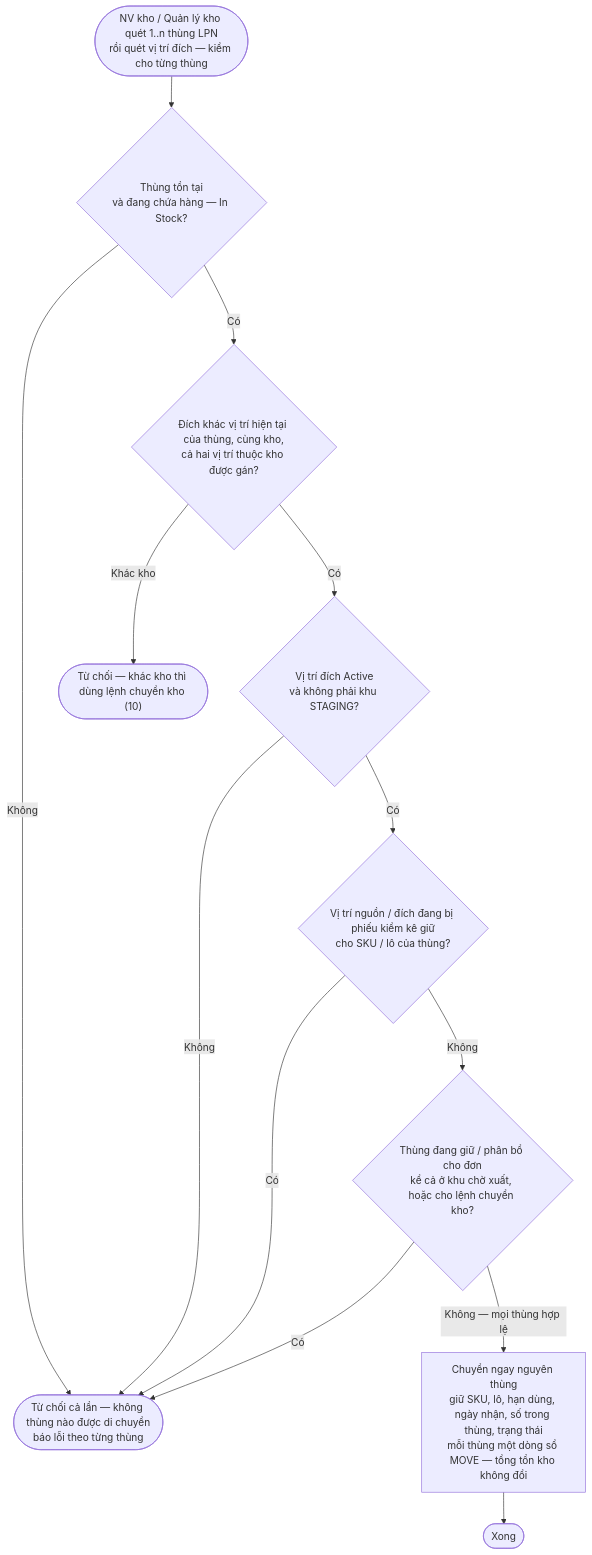
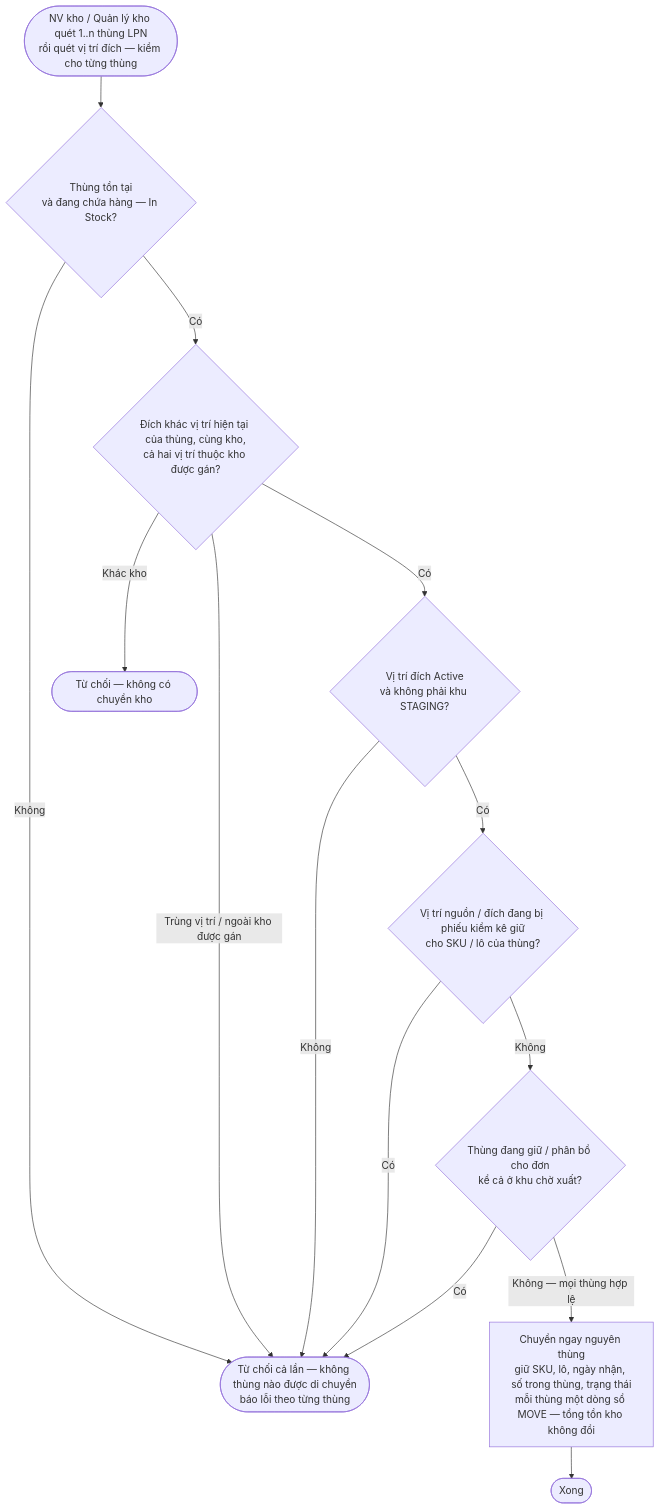
Diagram 14 of 14 in docs/diagrams/README.md (KLTN-FA26/docs), drawn with Mermaid before and after one commit. The commit also changed other lines of this file and 23 other files, not shown here.

````diff
--- a/docs/diagrams/README.md
+++ b/docs/diagrams/README.md
@@ -630,15 +629,16 @@
 ```mermaid
 flowchart TD
     START(["NV kho / Quản lý kho quét 1..n thùng LPN<br/>rồi quét vị trí đích — kiểm cho từng thùng"]) --> INSTOCK{"Thùng tồn tại<br/>và đang chứa hàng — In Stock?"}
     INSTOCK -->|Không| REJ
     INSTOCK -->|Có| SAME{"Đích khác vị trí hiện tại của thùng, cùng kho,<br/>cả hai vị trí thuộc kho được gán?"}
-    SAME -->|"Khác kho"| REJ_TO(["Từ chối — khác kho thì dùng lệnh chuyển kho (10)"])
+    SAME -->|"Khác kho"| REJ_WH(["Từ chối — không có chuyển kho"])
+    SAME -->|"Trùng vị trí / ngoài kho được gán"| REJ
     SAME -->|Có| DEST{"Vị trí đích Active<br/>và không phải khu STAGING?"}
     DEST -->|Không| REJ
     DEST -->|Có| CNT{"Vị trí nguồn / đích đang bị phiếu kiểm kê giữ<br/>cho SKU / lô của thùng?"}
     CNT -->|Có| REJ
-    CNT -->|Không| HELD{"Thùng đang giữ / phân bổ cho đơn<br/>kể cả ở khu chờ xuất, hoặc cho lệnh chuyển kho?"}
+    CNT -->|Không| HELD{"Thùng đang giữ / phân bổ cho đơn<br/>kể cả ở khu chờ xuất?"}
     HELD -->|Có| REJ(["Từ chối cả lần — không thùng nào được di chuyển<br/>báo lỗi theo từng thùng"])
-    HELD -->|"Không — mọi thùng hợp lệ"| MOVE["Chuyển ngay nguyên thùng<br/>giữ SKU, lô, hạn dùng, ngày nhận, số trong thùng, trạng thái<br/>mỗi thùng một dòng sổ MOVE — tổng tồn kho không đổi"]
+    HELD -->|"Không — mọi thùng hợp lệ"| MOVE["Chuyển ngay nguyên thùng<br/>giữ SKU, lô, ngày nhận, số trong thùng, trạng thái<br/>mỗi thùng một dòng sổ MOVE — tổng tồn kho không đổi"]
     MOVE --> DONE(["Xong"])
 ```
````
